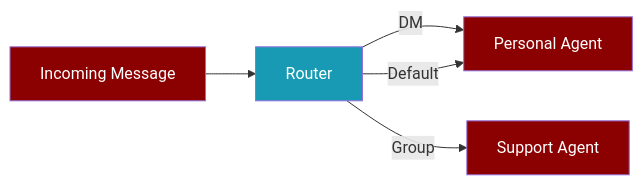
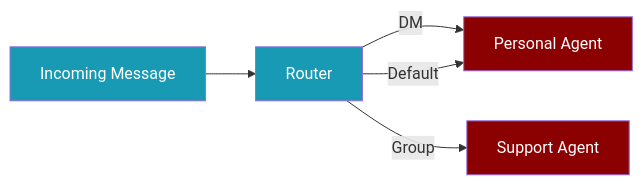
Before and after one commit to MervinPraison/PraisonAIDocs: the first of 2 diagrams in docs/features/bot-routing.mdx, drawn with Mermaid. The commit also changed 24 other files, not shown here.

````diff
--- a/docs/features/bot-routing.mdx
+++ b/docs/features/bot-routing.mdx
@@ -10,12 +10,13 @@
 ```mermaid
 flowchart LR
     MSG[Incoming Message] --> Router[Router]
     Router -->|DM| AgentA[Personal Agent]
     Router -->|Group| AgentB[Support Agent]
     Router -->|Default| AgentA
     
-    style MSG fill:#8B0000,color:#fff
-    style Router fill:#189AB4,color:#fff
-    style AgentA fill:#8B0000,color:#fff
-    style AgentB fill:#8B0000,color:#fff
+    classDef agent fill:#8B0000,color:#fff
+    classDef tool fill:#189AB4,color:#fff
+    
+    class AgentA,AgentB agent
+    class MSG,Router tool
 ```
````
